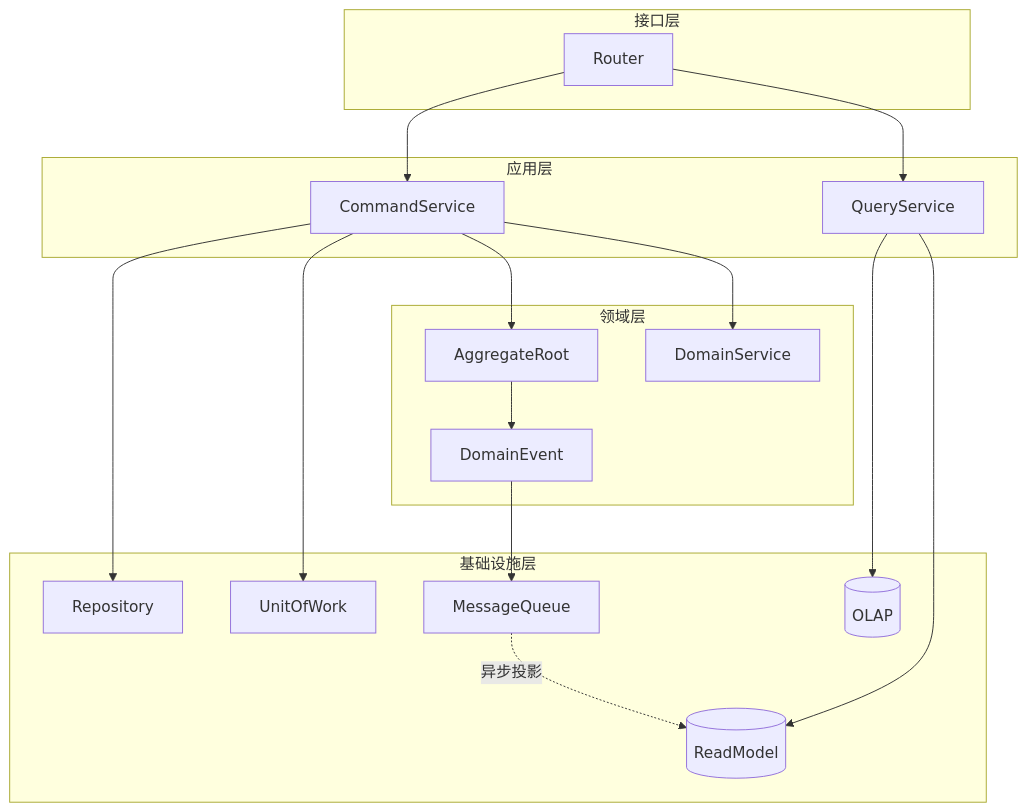
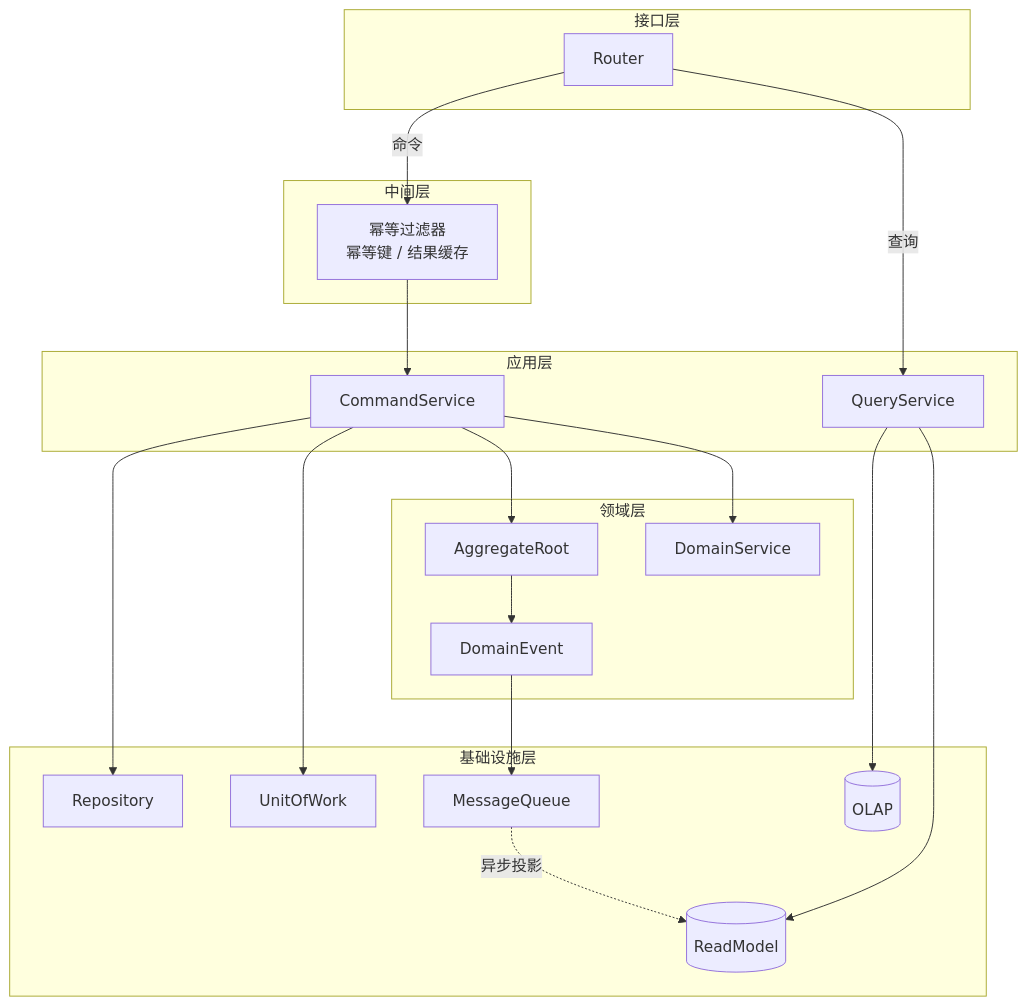
One commit to SumengQAQ/SumengQAQ changed the second of 2 diagrams in README.md. Above: the diagram before and after it, drawn with Mermaid.

Commit message:
docs: 分层图加幂等中间层，方向表补状态机

````diff
--- a/README.md
+++ b/README.md
@@ -30,42 +30,47 @@
 ```mermaid
 ---
 config:
   flowchart:
     curve: basis
 ---
 flowchart TB
     subgraph iface["接口层"]
         R[Router]
+    end
+
+    subgraph middleware["中间层"]
+        IDEM["幂等过滤器<br/>幂等键 / 结果缓存"]
     end
 
     subgraph application["应用层"]
         C[CommandService]
         Q[QueryService]
     end
 
     subgraph domain["领域层"]
         AR[AggregateRoot]
         DS[DomainService]
         EV[DomainEvent]
     end
 
     subgraph infrastructure["基础设施层"]
         REPO[Repository]
         UOW[UnitOfWork]
         MQ[MessageQueue]
         RM[("ReadModel")]
         OLAP[("OLAP")]
     end
 
-    R --> C
-    R --> Q
+    R -->|命令| IDEM
+    R -->|查询| Q
+    IDEM --> C
     C --> AR
     C --> DS
     C --> REPO
     C --> UOW
     AR --> EV
     EV --> MQ
     MQ -.->|异步投影| RM
     Q --> RM
     Q --> OLAP
 ```
````
